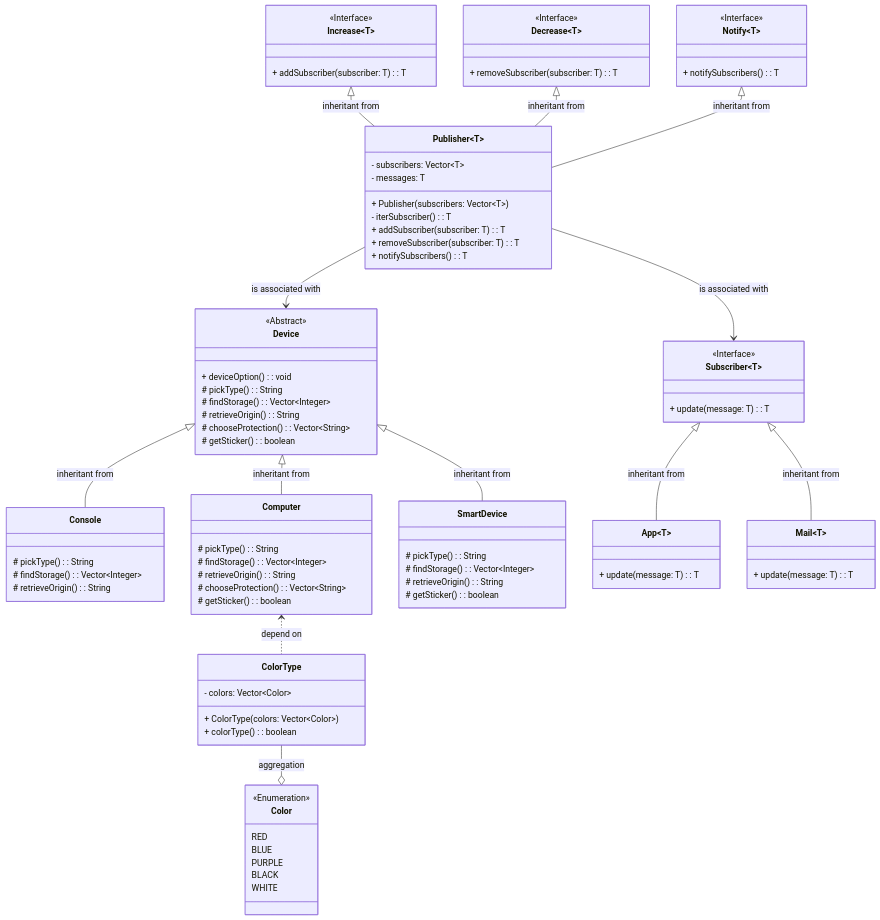
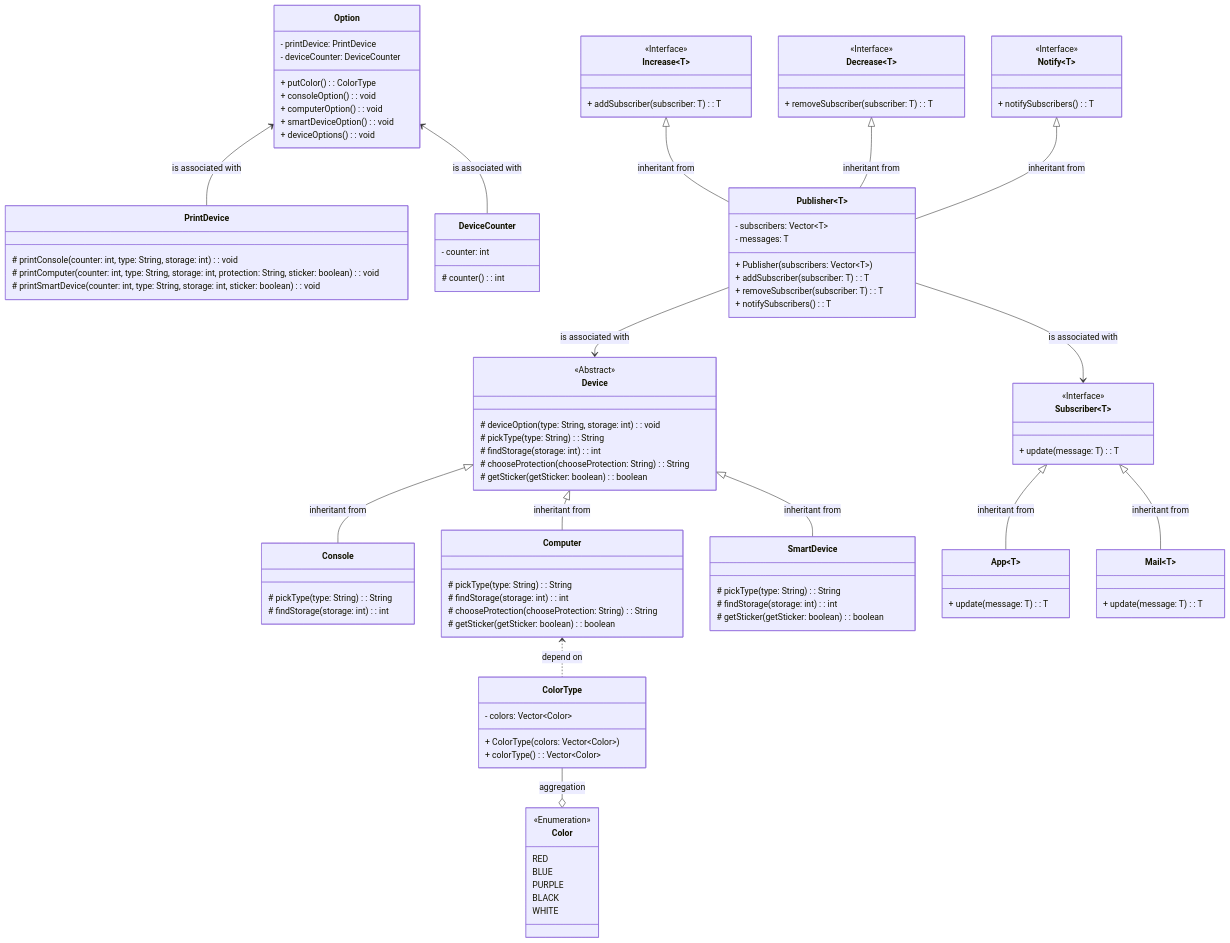
One commit to RedIsGaming/device changed the diagram in src/diagrams/ClassDiagram.md. Above: the diagram before and after it, drawn with Mermaid. The commit also changed 17 other files, not shown here.

```diff
--- a/src/diagrams/ClassDiagram.md
+++ b/src/diagrams/ClassDiagram.md
@@ -2,33 +2,50 @@
 classDiagram
     class Device {
         <<Abstract>>
-        + deviceOption(): void
-        # pickType(): String
-        # findStorage(): Vector~Integer~
-        # retrieveOrigin(): String
-        # chooseProtection(): Vector~String~
-        # getSticker(): boolean
+        # deviceOption(type: String, storage: int): void
+        # pickType(type: String): String
+        # findStorage(storage: int): int
+        # chooseProtection(chooseProtection: String): String
+        # getSticker(getSticker: boolean): boolean
     }
 
     class Console {
-        # pickType(): String
-        # findStorage(): Vector~Integer~
-        # retrieveOrigin(): String
+        # pickType(type: String): String
+        # findStorage(storage: int): int
     }
 
     class Computer {
-        # pickType(): String
-        # findStorage(): Vector~Integer~
-        # retrieveOrigin(): String
-        # chooseProtection(): Vector~String~
-        # getSticker(): boolean
+        # pickType(type: String): String
+        # findStorage(storage: int): int
+        # chooseProtection(chooseProtection: String): String
+        # getSticker(getSticker: boolean): boolean
     }
 
     class SmartDevice {
-        # pickType(): String
-        # findStorage(): Vector~Integer~
-        # retrieveOrigin(): String
-        # getSticker(): boolean
+        # pickType(type: String): String
+        # findStorage(storage: int): int
+        # getSticker(getSticker: boolean): boolean
+    }
+
+    class Option {
+        - printDevice: PrintDevice
+        - deviceCounter: DeviceCounter
+        + putColor(): ColorType
+        + consoleOption(): void
+        + computerOption(): void
+        + smartDeviceOption(): void
+        + deviceOptions(): void
+    }
+
+    class PrintDevice {
+        # printConsole(counter: int, type: String, storage: int): void
+        # printComputer(counter: int, type: String, storage: int, protection: String, sticker: boolean): void
+        # printSmartDevice(counter: int, type: String, storage: int, sticker: boolean): void
+    }
+
+    class DeviceCounter {
+        - counter: int
+        # counter(): int
     }
 
     class Color {
@@ -43,7 +60,7 @@
     class ColorType {
         - colors: Vector~Color~
         + ColorType(colors: Vector~Color~)
-        + colorType(): boolean
+        + colorType(): Vector~Color~
     }
 
     class Increase~T~ {
@@ -65,7 +82,6 @@
         - subscribers: Vector~T~
         - messages: T
         + Publisher(subscribers: Vector~T~)
-        - iterSubscriber(): T
         + addSubscriber(subscriber: T): T
         + removeSubscriber(subscriber: T): T
         + notifySubscribers(): T
@@ -87,6 +103,8 @@
     Device <|-- Console : inheritant from
     Device <|-- Computer : inheritant from
     Device <|-- SmartDevice : inheritant from
+    Option <-- PrintDevice : is associated with
+    Option <-- DeviceCounter : is associated with
     Computer <.. ColorType : depend on
     ColorType --o Color : aggregation
     Increase <|-- Publisher : inheritant from
```
